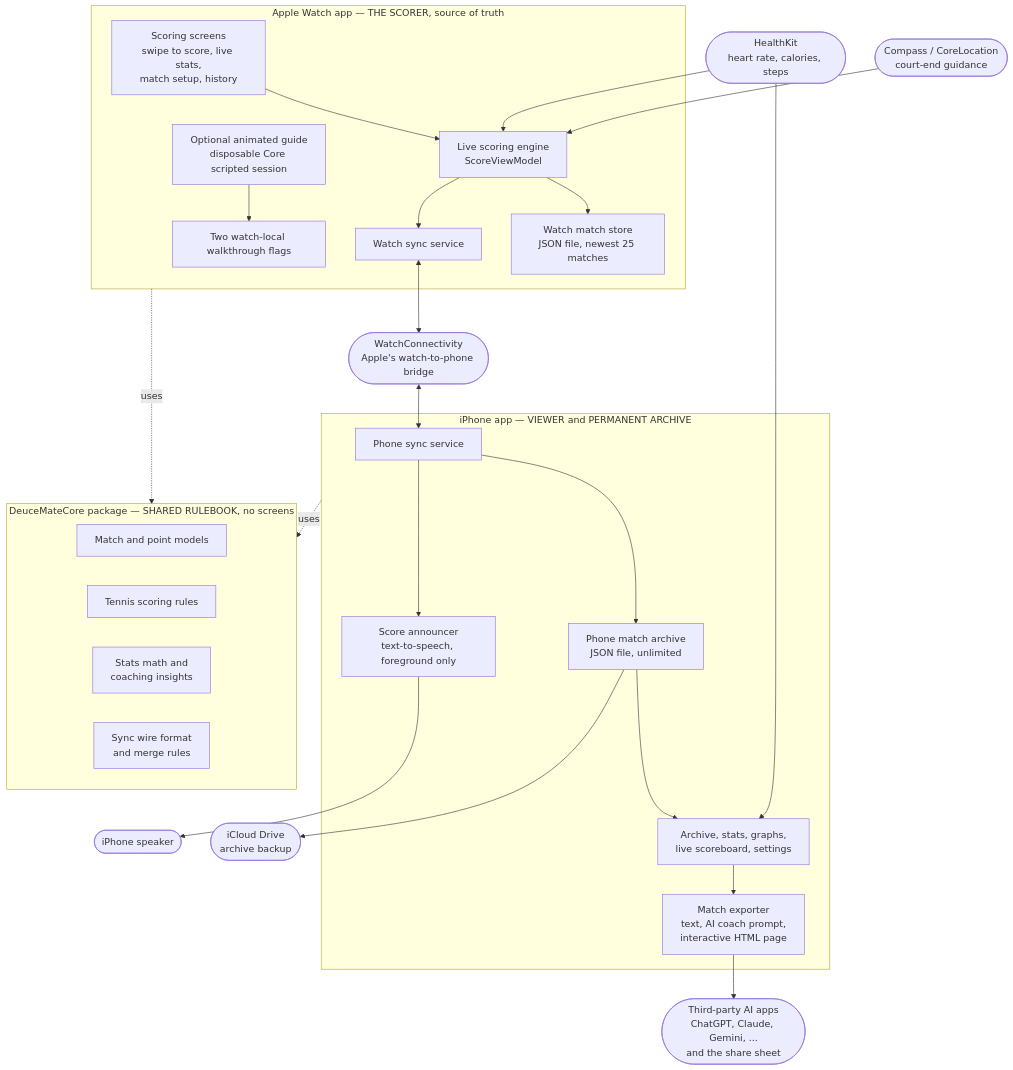
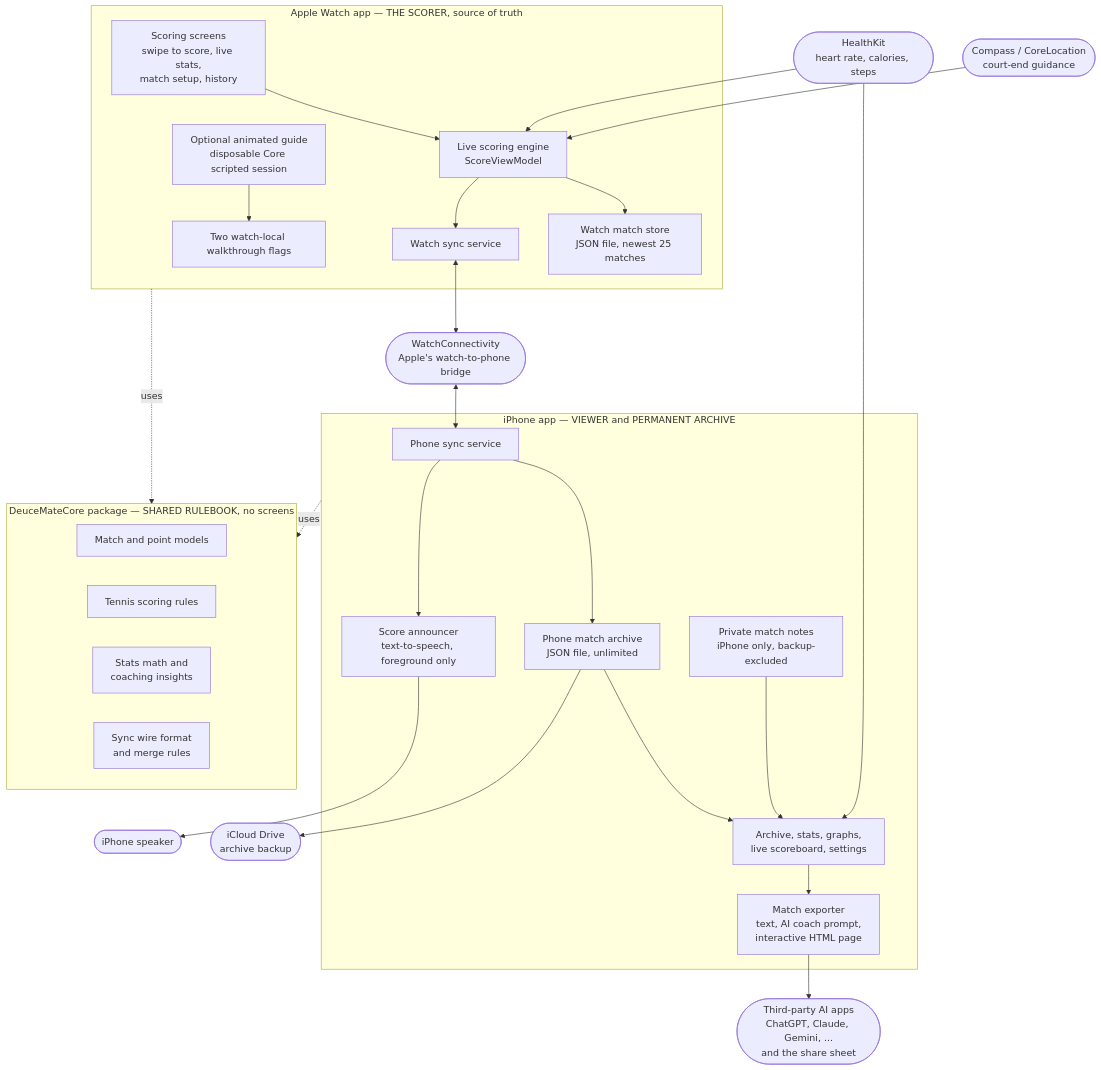
The diagram in docs/architecture/README.md (EMRahman/DeuceMate), drawn with Mermaid before and after one commit. The commit also changed other lines of this file and 7 other files, not shown here.

First line of the commit message:
docs: Privacy policy, App Store notes and architecture for match details

````diff
--- a/docs/architecture/README.md
+++ b/docs/architecture/README.md
@@ -42,57 +42,59 @@
 ```mermaid
 flowchart TB
     subgraph WATCH["Apple Watch app — THE SCORER, source of truth"]
         WUI["Scoring screens<br/>swipe to score, live stats,<br/>match setup, history"]
         WVM["Live scoring engine<br/>ScoreViewModel"]
         WSTORE["Watch match store<br/>JSON file, newest 25 matches"]
         WSYNC["Watch sync service"]
         GUIDE["Optional animated guide<br/>disposable Core scripted session"]
         FLAGS["Two watch-local walkthrough flags"]
         GUIDE --> FLAGS
         WUI --> WVM
         WVM --> WSTORE
         WVM --> WSYNC
     end
 
     subgraph PHONE["iPhone app — VIEWER and PERMANENT ARCHIVE"]
         PSYNC["Phone sync service"]
         PSTORE["Phone match archive<br/>JSON file, unlimited"]
         PUI["Archive, stats, graphs,<br/>live scoreboard, settings"]
         TTS["Score announcer<br/>text-to-speech, foreground only"]
         EXPORT["Match exporter<br/>text, AI coach prompt,<br/>interactive HTML page"]
+        NOTES["Private match notes<br/>iPhone only, backup-excluded"]
         PSYNC --> PSTORE
         PSYNC --> TTS
         PSTORE --> PUI
+        NOTES --> PUI
         PUI --> EXPORT
     end
 
     subgraph CORE["DeuceMateCore package — SHARED RULEBOOK, no screens"]
         MODELS["Match and point models"]
         RULES["Tennis scoring rules"]
         STATS["Stats math and<br/>coaching insights"]
         WIRE["Sync wire format<br/>and merge rules"]
     end
 
     WC(["WatchConnectivity<br/>Apple's watch-to-phone bridge"])
     WSYNC <--> WC
     WC <--> PSYNC
 
     HK(["HealthKit<br/>heart rate, calories, steps"])
     HK --> WVM
     HK --> PUI
 
     COMPASS(["Compass / CoreLocation<br/>court-end guidance"])
     COMPASS --> WVM
 
     ICLOUD(["iCloud Drive<br/>archive backup"])
     PSTORE --> ICLOUD
 
     SPEAKER(["iPhone speaker"])
     TTS --> SPEAKER
 
     AIAPPS(["Third-party AI apps<br/>ChatGPT, Claude, Gemini, ...<br/>and the share sheet"])
     EXPORT --> AIAPPS
 
     WATCH -. uses .-> CORE
     PHONE -. uses .-> CORE
 ```
````
